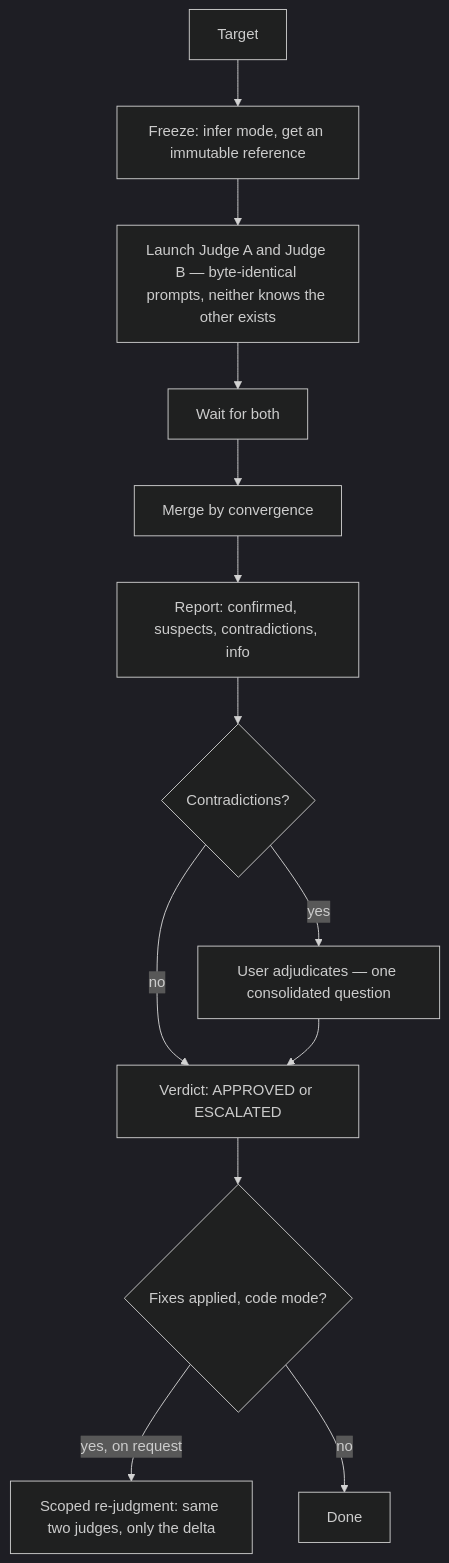
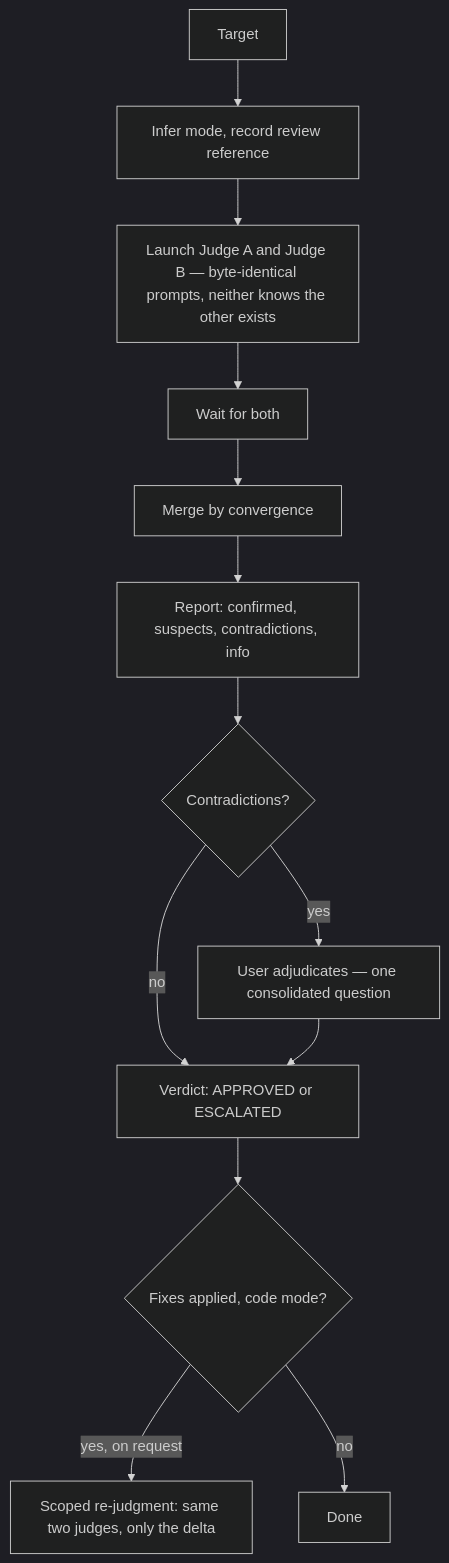
The diagram in skills/generic-skills/production/judgment-day/README.md (nico0695/ai-tools), drawn with Mermaid (dark theme) before and after one commit. The commit also changed other lines of this file and 21 other files, not shown here.

````diff
--- a/skills/generic-skills/production/judgment-day/README.md
+++ b/skills/generic-skills/production/judgment-day/README.md
@@ -33,15 +33,15 @@
 ```mermaid
 flowchart TD
-    A[Target] --> B[Freeze: infer mode, get an immutable reference]
+    A[Target] --> B[Infer mode, record review reference]
     B --> C[Launch Judge A and Judge B — byte-identical prompts, neither knows the other exists]
     C --> D[Wait for both]
     D --> E[Merge by convergence]
     E --> F[Report: confirmed, suspects, contradictions, info]
     F --> G{Contradictions?}
     G -->|yes| H[User adjudicates — one consolidated question]
     G -->|no| I[Verdict: APPROVED or ESCALATED]
     H --> I
     I --> J{Fixes applied, code mode?}
     J -->|yes, on request| K[Scoped re-judgment: same two judges, only the delta]
     J -->|no| L[Done]
 ```
````
